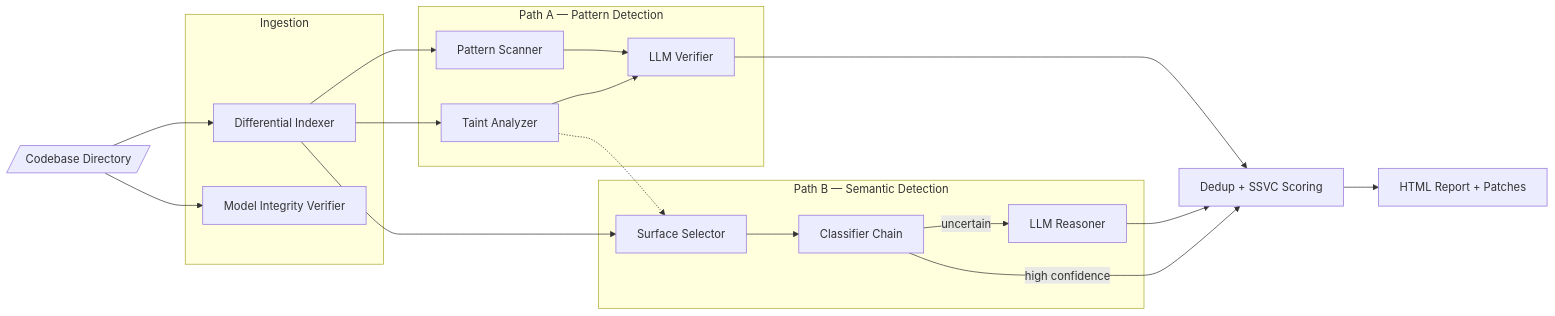
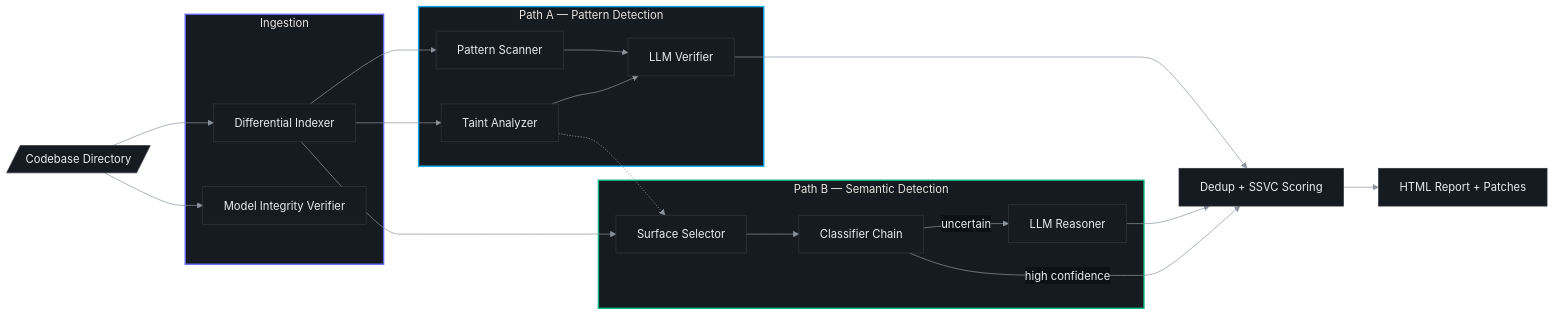
One commit to hoangharry-tm/ZeroTrust.sh changed the diagram in README.md. Above: the diagram before and after it, drawn with Mermaid. The commit also changed other lines of this file, not shown here.

First line of the commit message:
docs: polish README — drop blockquote, remove redundant dividers, theme Mermaid subgraphs

````diff
--- a/README.md
+++ b/README.md
@@ -111,39 +107,44 @@
 ```mermaid
+%%{init: {'theme': 'base', 'themeVariables': { 'background': '#0d1117', 'primaryColor': '#161b22', 'primaryBorderColor': '#30363d', 'primaryTextColor': '#e6edf3', 'lineColor': '#8b949e', 'secondaryColor': '#0d1117', 'tertiaryColor': '#161b22', 'fontFamily': 'JetBrains Mono, monospace' }}}%%
 flowchart LR
     Input[/"Codebase Directory"/]
 
     subgraph Ingestion["Ingestion"]
         DI["Differential Indexer"]
         MIV["Model Integrity Verifier"]
     end
 
     subgraph PA["Path A — Pattern Detection"]
         PS["Pattern Scanner"]
         TA["Taint Analyzer"]
         LV["LLM Verifier"]
     end
 
     subgraph PB["Path B — Semantic Detection"]
         SS["Surface Selector"]
         CC["Classifier Chain"]
         LR["LLM Reasoner"]
     end
 
     Input --> DI
     Input --> MIV
     DI --> PS
     DI --> TA
     DI --> SS
     TA --> LV
     PS --> LV
     TA -.-> SS
     SS --> CC
     CC -->|"uncertain"| LR
 
     LV --> Dedup
     CC -->|"high confidence"| Dedup
     LR --> Dedup
 
     Dedup["Dedup + SSVC Scoring"]
     Dedup --> Report["HTML Report + Patches"]
+
+    style Ingestion fill:#161b22,stroke:#6366f1,stroke-width:2px
+    style PA fill:#161b22,stroke:#0ea5e9,stroke-width:2px
+    style PB fill:#161b22,stroke:#10b981,stroke-width:2px
 ```
````
